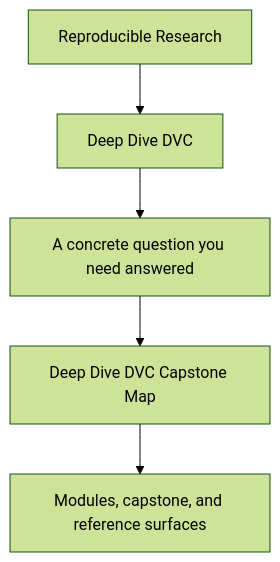
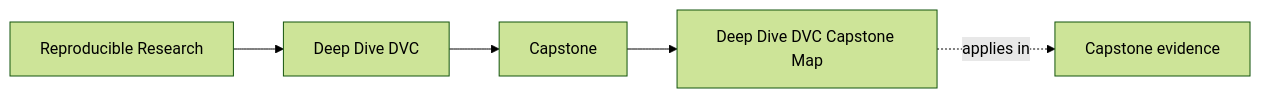
Before and after one commit to bijux/bijux-masterclass: the first of 2 diagrams in programs/reproducible-research/deep-dive-dvc/course-book/capstone/capstone-map.md, drawn with Mermaid (forest theme). The commit also changed other lines of this file and 90 other files, not shown here.

Commit message:
docs(deep-dive-dvc): map publication and recovery review surfaces

````diff
--- a/programs/reproducible-research/deep-dive-dvc/course-book/capstone/capstone-map.md
+++ b/programs/reproducible-research/deep-dive-dvc/course-book/capstone/capstone-map.md
@@ -6,7 +6,11 @@
 ```mermaid
-flowchart TD
-  family["Reproducible Research"] --> program["Deep Dive DVC"]
-  program --> pressure["A concrete question you need answered"]
-  pressure --> guide["Deep Dive DVC Capstone Map"]
-  guide --> next["Modules, capstone, and reference surfaces"]
+graph LR
+  family["Reproducible Research"]
+  program["Deep Dive DVC"]
+  section["Capstone"]
+  page["Deep Dive DVC Capstone Map"]
+  capstone["Capstone evidence"]
+
+  family --> program --> section --> page
+  page -.applies in.-> capstone
 ```
````
